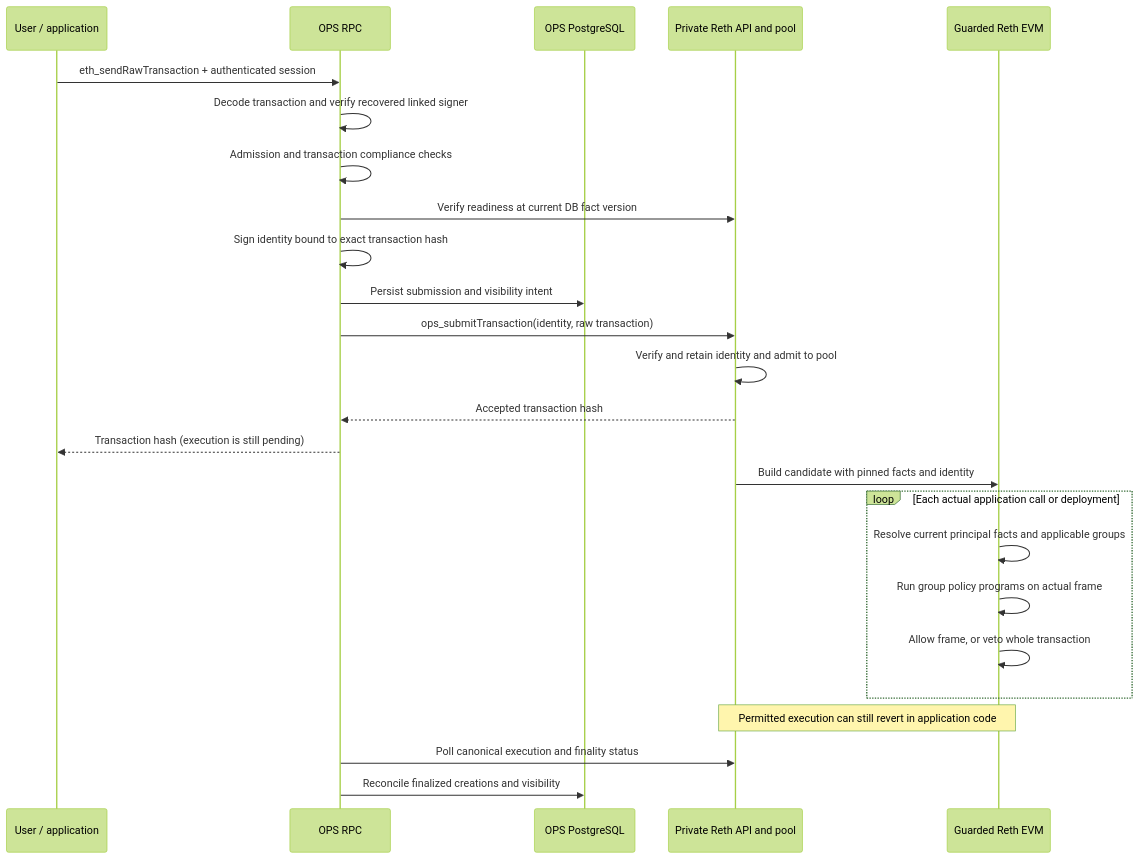
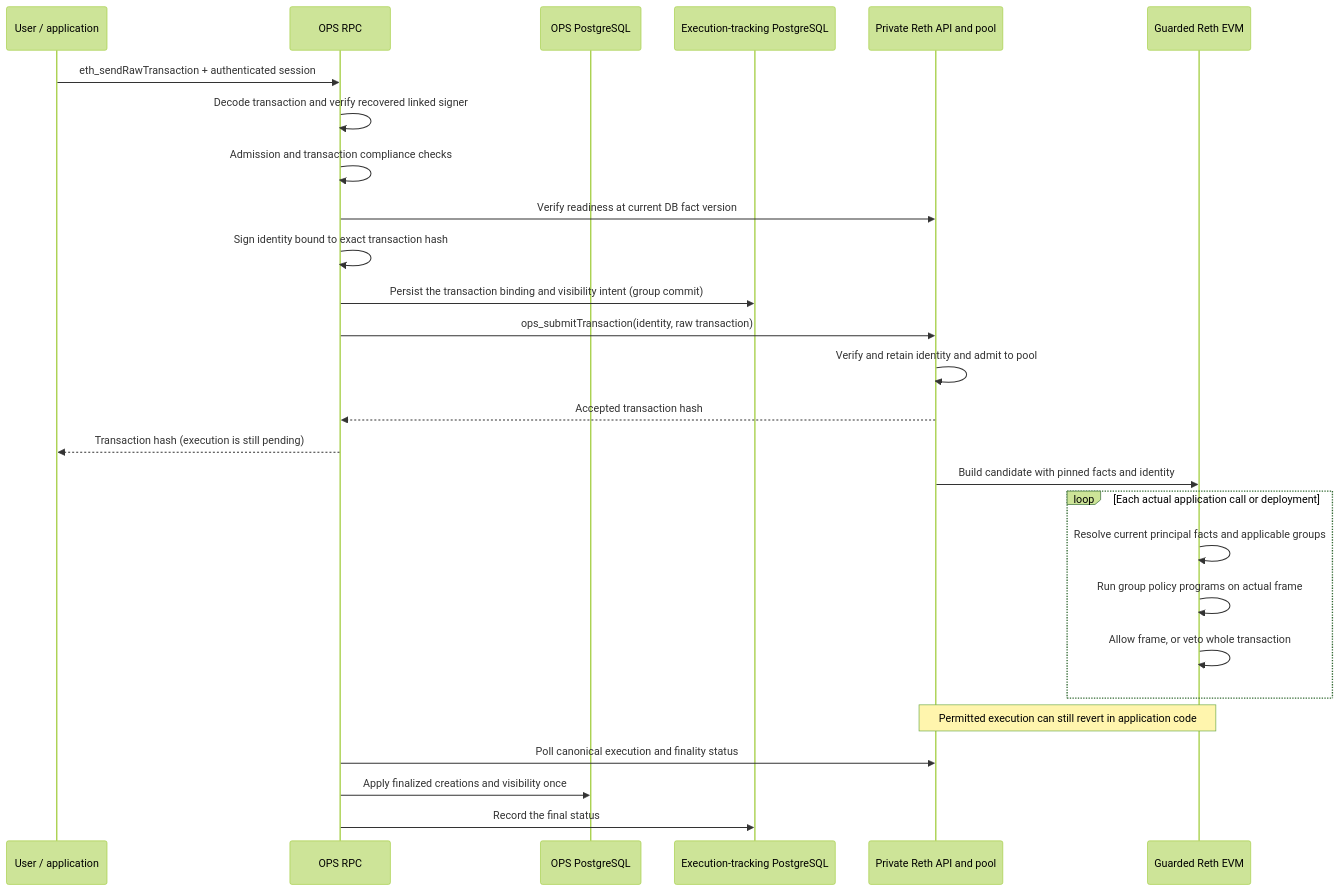
One commit to LFDT-Permissioned-Privacy-Control/permissioned-privacy-control changed the third of 6 diagrams in docs/architecture/reth-execution-flow.md. Above: the diagram before and after it, drawn with Mermaid (forest theme). The commit also changed other lines of this file and 60 other files, not shown here.

````diff
--- a/docs/architecture/reth-execution-flow.md
+++ b/docs/architecture/reth-execution-flow.md
@@ -195,27 +195,29 @@
 ```mermaid
 sequenceDiagram
     participant User as User / application
     participant OPS as OPS RPC
     participant DB as OPS PostgreSQL
+    participant TDB as Execution-tracking PostgreSQL
     participant Node as Private Reth API and pool
     participant EVM as Guarded Reth EVM
     User->>OPS: eth_sendRawTransaction + authenticated session
     OPS->>OPS: Decode transaction and verify recovered linked signer
     OPS->>OPS: Admission and transaction compliance checks
     OPS->>Node: Verify readiness at current DB fact version
     OPS->>OPS: Sign identity bound to exact transaction hash
-    OPS->>DB: Persist submission and visibility intent
+    OPS->>TDB: Persist the transaction binding and visibility intent (group commit)
     OPS->>Node: ops_submitTransaction(identity, raw transaction)
     Node->>Node: Verify and retain identity and admit to pool
     Node-->>OPS: Accepted transaction hash
     OPS-->>User: Transaction hash (execution is still pending)
     Node->>EVM: Build candidate with pinned facts and identity
     loop Each actual application call or deployment
         EVM->>EVM: Resolve current principal facts and applicable groups
         EVM->>EVM: Run group policy programs on actual frame
         EVM->>EVM: Allow frame, or veto whole transaction
     end
     Note over Node,EVM: Permitted execution can still revert in application code
     OPS->>Node: Poll canonical execution and finality status
-    OPS->>DB: Reconcile finalized creations and visibility
+    OPS->>DB: Apply finalized creations and visibility once
+    OPS->>TDB: Record the final status
 ```
````
